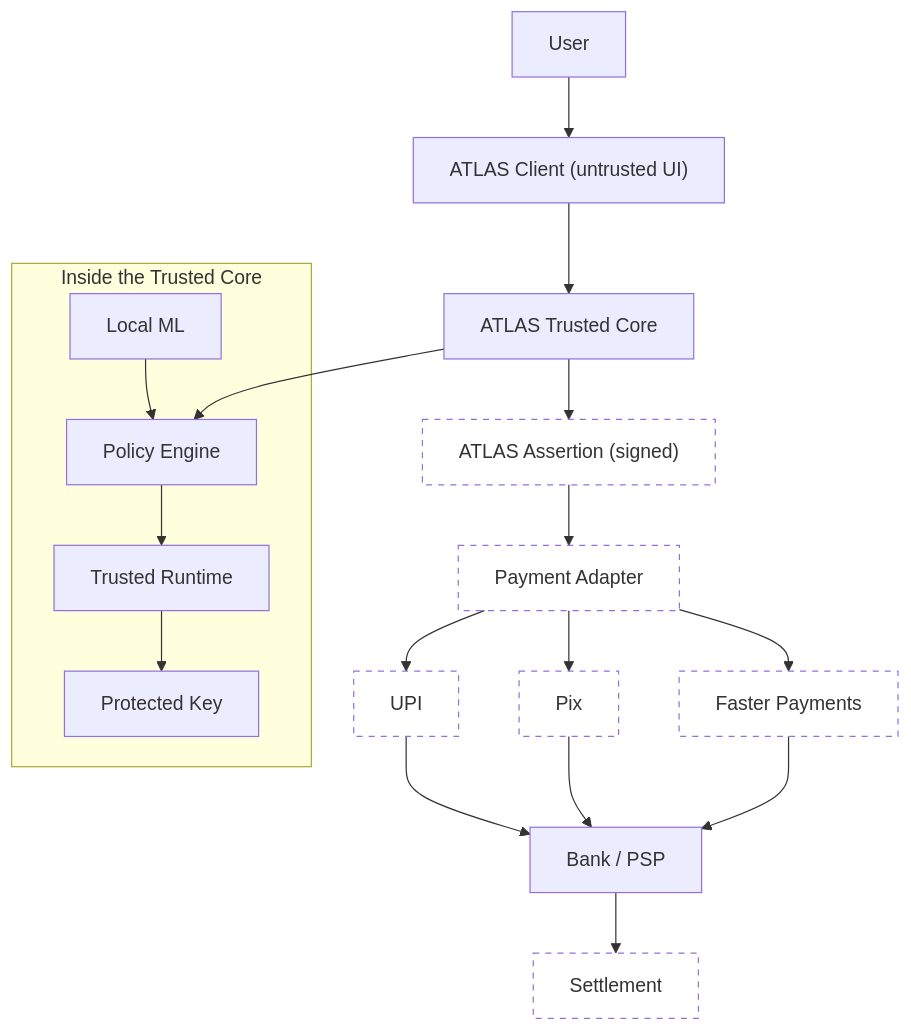
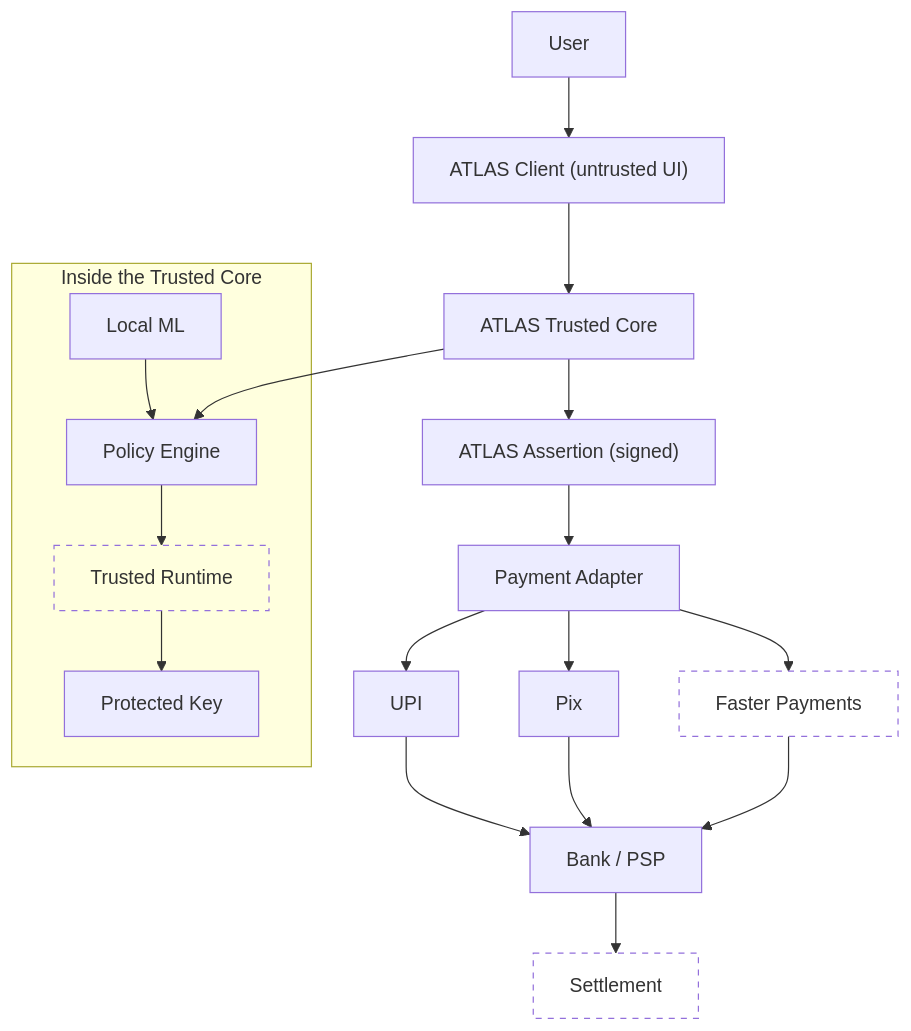
The first of 8 diagrams in docs/ATLAS-Blueprint.md (Dhanu2626/atlas), drawn with Mermaid before and after one commit. The commit also changed other lines of this file and 4 other files, not shown here.

````diff
--- a/docs/ATLAS-Blueprint.md
+++ b/docs/ATLAS-Blueprint.md
@@ -103,31 +133,28 @@
 ```mermaid
 flowchart TD
     USER[User] --> CLIENT["ATLAS Client (untrusted UI)"]
     CLIENT --> CORE["ATLAS Trusted Core"]
     subgraph CORE_INTERNAL["Inside the Trusted Core"]
         POLICY["Policy Engine"]
         ML["Local ML"]
         RUNTIME["Trusted Runtime"]
         KEY["Protected Key"]
     end
     CORE --> POLICY
     ML --> POLICY
     POLICY --> RUNTIME
     RUNTIME --> KEY
     CORE --> ASSERTION["ATLAS Assertion (signed)"]
     ASSERTION --> ADAPTER["Payment Adapter"]
     ADAPTER --> UPI["UPI"]
     ADAPTER --> PIX["Pix"]
     ADAPTER --> FPS["Faster Payments"]
     UPI --> BANK["Bank / PSP"]
     PIX --> BANK
     FPS --> BANK
     BANK --> SETTLE["Settlement"]
 
-    style ASSERTION fill:#00000000,stroke-dasharray: 5 5
-    style ADAPTER fill:#00000000,stroke-dasharray: 5 5
-    style UPI fill:#00000000,stroke-dasharray: 5 5
-    style PIX fill:#00000000,stroke-dasharray: 5 5
+    style RUNTIME fill:#00000000,stroke-dasharray: 5 5
     style FPS fill:#00000000,stroke-dasharray: 5 5
     style SETTLE fill:#00000000,stroke-dasharray: 5 5
 ```
````
